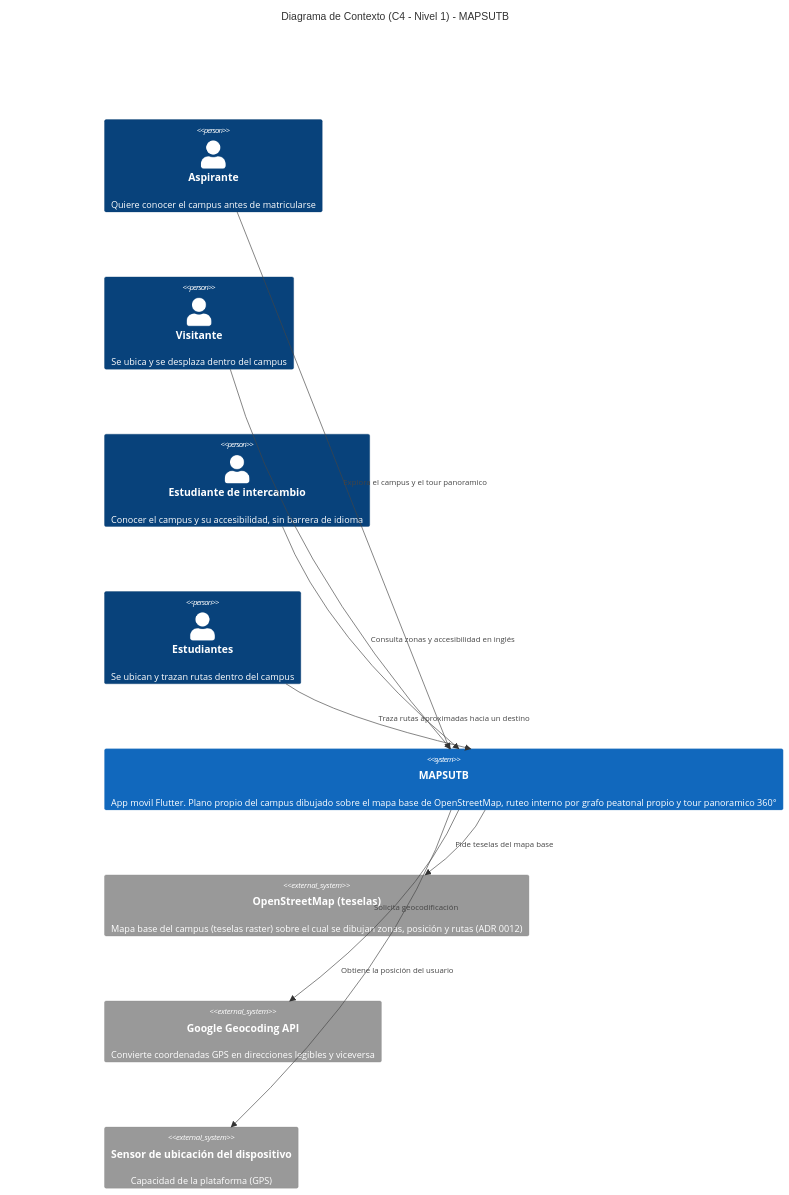
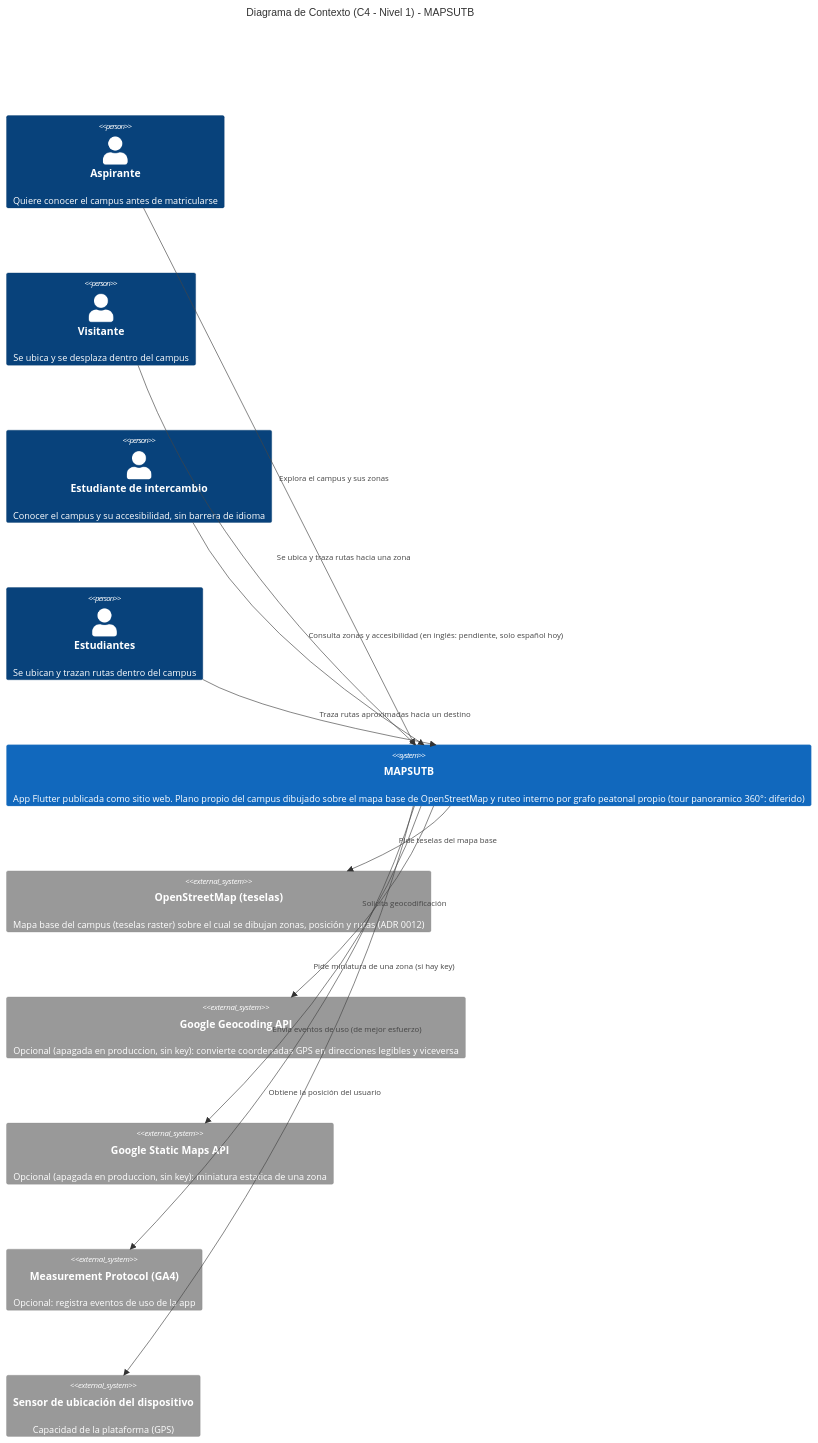
Before and after one commit to ISCOUTB/AS_202620_mapsutb: the diagram in docs/c4/C1.md, drawn with Mermaid. The commit also changed 26 other files, not shown here.

First line of the commit message:
docs: arc42 y C4 al día con el código (OSM, GPS real, tour diferido) y enlaces rotos

````diff
--- a/docs/c4/C1.md
+++ b/docs/c4/C1.md
@@ -1,29 +1,33 @@
 ```mermaid
 ---
 config:
   fontFamily: '''Inter Variable'', sans-serif'
 ---
 C4Context
     title Diagrama de Contexto (C4 - Nivel 1) - MAPSUTB
 
     Person(aspirante, "Aspirante", "Quiere conocer el campus antes de matricularse")
     Person(invitado, "Visitante", "Se ubica y se desplaza dentro del campus")
     Person(intercambio, "Estudiante de intercambio", "Conocer el campus y su accesibilidad, sin barrera de idioma")
     Person(comunidad, "Estudiantes", "Se ubican y trazan rutas dentro del campus")
 
-    System(mapsutb, "MAPSUTB", "App movil Flutter. Plano propio del campus dibujado sobre el mapa base de OpenStreetMap, ruteo interno por grafo peatonal propio y tour panoramico 360°")
+    System(mapsutb, "MAPSUTB", "App Flutter publicada como sitio web. Plano propio del campus dibujado sobre el mapa base de OpenStreetMap y ruteo interno por grafo peatonal propio (tour panoramico 360°: diferido)")
 
-    System_Ext(mapssdk, "OpenStreetMap (teselas)", "Mapa base del campus (teselas raster) sobre el cual se dibujan zonas, posición y rutas (ADR 0012)")
-    System_Ext(geocoding, "Google Geocoding API", "Convierte coordenadas GPS en direcciones legibles y viceversa")
+    System_Ext(osm, "OpenStreetMap (teselas)", "Mapa base del campus (teselas raster) sobre el cual se dibujan zonas, posición y rutas (ADR 0012)")
+    System_Ext(geocoding, "Google Geocoding API", "Opcional (apagada en produccion, sin key): convierte coordenadas GPS en direcciones legibles y viceversa")
+    System_Ext(staticmaps, "Google Static Maps API", "Opcional (apagada en produccion, sin key): miniatura estatica de una zona")
+    System_Ext(analytics, "Measurement Protocol (GA4)", "Opcional: registra eventos de uso de la app")
     System_Ext(sensor, "Sensor de ubicación del dispositivo", "Capacidad de la plataforma (GPS)")
 
-    Rel_L(aspirante, mapsutb, "Explora el campus y el tour panoramico")
-    Rel(invitado, mapsutb,"")
-    Rel(intercambio, mapsutb, "Consulta zonas y accesibilidad en inglés")
+    Rel_L(aspirante, mapsutb, "Explora el campus y sus zonas")
+    Rel(invitado, mapsutb, "Se ubica y traza rutas hacia una zona")
+    Rel(intercambio, mapsutb, "Consulta zonas y accesibilidad (en inglés: pendiente, solo español hoy)")
     Rel(comunidad, mapsutb, "Traza rutas aproximadas hacia un destino")
     Rel_D(mapsutb, geocoding, "Solicita geocodificación")
-    Rel_D(mapsutb, mapssdk, "Pide teselas del mapa base")
+    Rel_D(mapsutb, osm, "Pide teselas del mapa base")
+    Rel_D(mapsutb, staticmaps, "Pide miniatura de una zona (si hay key)")
+    Rel_D(mapsutb, analytics, "Envía eventos de uso (de mejor esfuerzo)")
     Rel_D(mapsutb, sensor, "Obtiene la posición del usuario")
 
     UpdateLayoutConfig($c4ShapeInRow="3", $c4BoundaryInRow="1")
 ```
````
